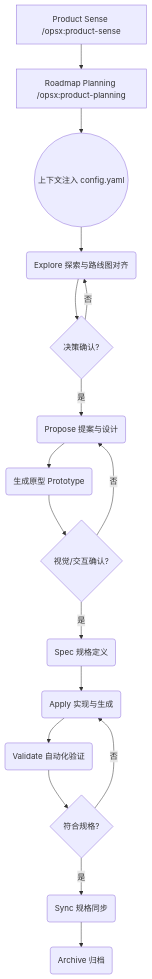
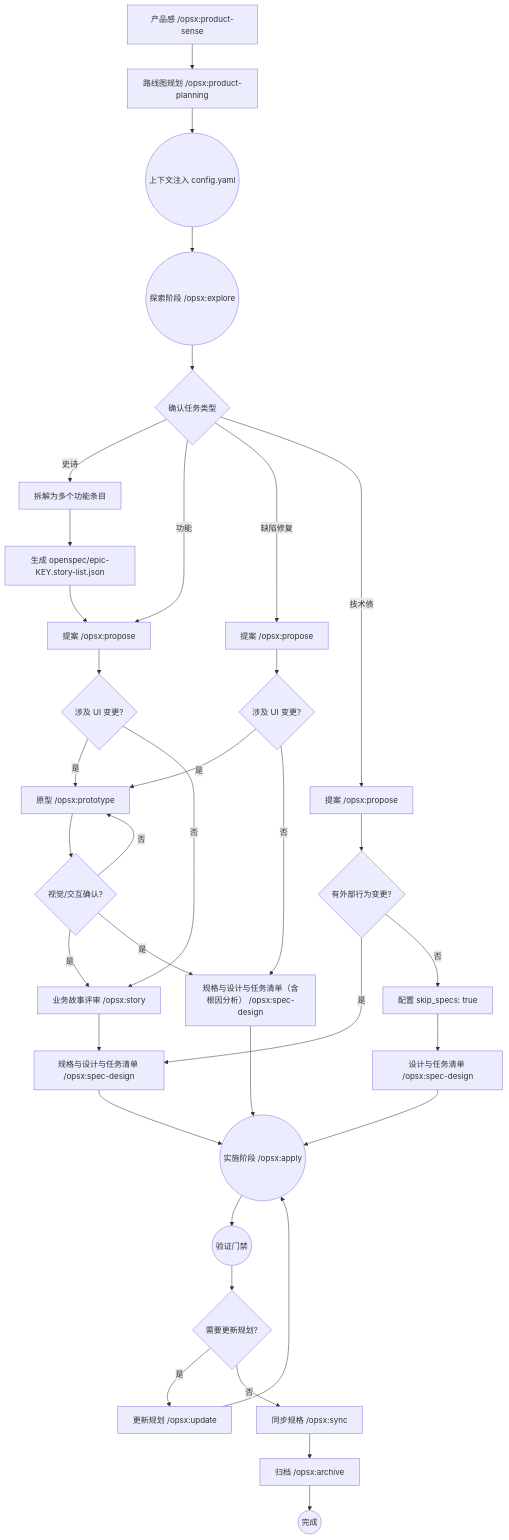
The diagram in learning-sdd/openspec-ai-workflow-analysis.md (jkang/openspec-example), drawn with Mermaid before and after one commit. The commit also changed other lines of this file and 1 other file, not shown here.

Commit message:
Update specs flow

````diff
--- a/learning-sdd/openspec-ai-workflow-analysis.md
+++ b/learning-sdd/openspec-ai-workflow-analysis.md
@@ -7,19 +9,46 @@
 ```mermaid
 graph TD
-    Sense[Product Sense /opsx:product-sense] --> Plan[Roadmap Planning /opsx:product-planning]
-    Plan --> Context((上下文注入 config.yaml))
-    Context --> B(Explore 探索与路线图对齐)
-    B --> C{决策确认?}
-    C -- 否 --> B
-    C -- 是 --> D(Propose 提案与设计)
-    D --> E(生成原型 Prototype)
-    E --> F{视觉/交互确认?}
-    F -- 否 --> D
-    F -- 是 --> G(Spec 规格定义)
-    G --> H(Apply 实现与生成)
-    H --> I(Validate 自动化验证)
-    I --> J{符合规格?}
-    J -- 否 --> H
-    J -- 是 --> K(Sync 规格同步)
-    K --> L(Archive 归档)
+    A[产品感 /opsx:product-sense] --> B[路线图规划 /opsx:product-planning]
+    B --> C((上下文注入 config.yaml))
+
+    C --> D((探索阶段 /opsx:explore))
+    D --> E{确认任务类型}
+
+    E -->|史诗| F[拆解为多个功能条目]
+    F --> G[生成 openspec/epic-KEY.story-list.json]
+    G --> H[提案 /opsx:propose]
+
+    E -->|功能| H
+    H --> I{涉及 UI 变更?}
+    I -->|是| J[原型 /opsx:prototype]
+    J --> K{视觉/交互确认?}
+    K -->|否| J
+    K -->|是| L[业务故事评审 /opsx:story]
+    I -->|否| L
+    L --> M[规格与设计与任务清单 /opsx:spec-design]
+
+    E -->|缺陷修复| N[提案 /opsx:propose]
+    N --> O{涉及 UI 变更?}
+    O -->|是| J
+    O -->|否| P[规格与设计与任务清单（含根因分析） /opsx:spec-design]
+    K -->|是| P
+
+    E -->|技术债| Q[提案 /opsx:propose]
+    Q --> R{有外部行为变更?}
+    R -->|是| M
+    R -->|否| S[配置 skip_specs: true]
+    S --> T[设计与任务清单 /opsx:spec-design]
+
+    M --> U((实施阶段 /opsx:apply))
+    P --> U
+    T --> U
+
+    U --> V((验证门禁))
+    V --> W{需要更新规划?}
+    W -->|是| X[更新规划 /opsx:update]
+    X --> U
+    W -->|否| Y[同步规格 /opsx:sync]
+
+    Y --> Z[归档 /opsx:archive]
+    Z --> AA((完成))
 ```
````
